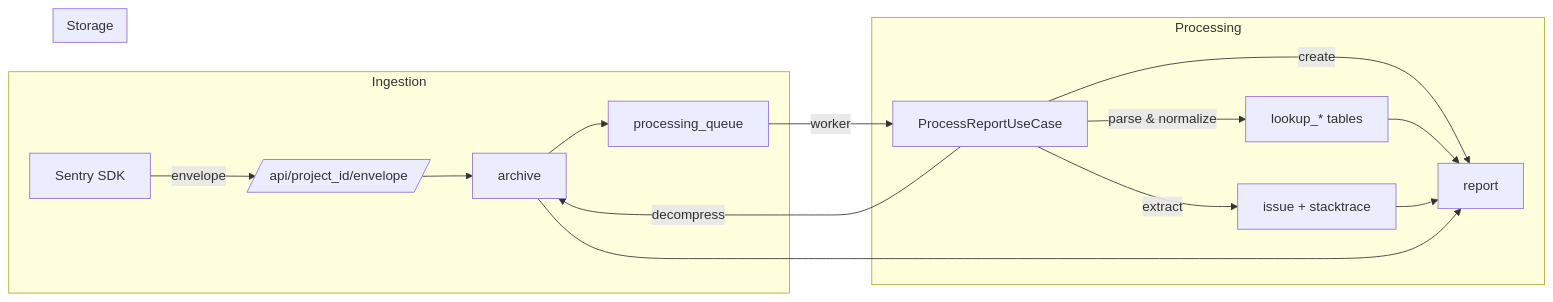
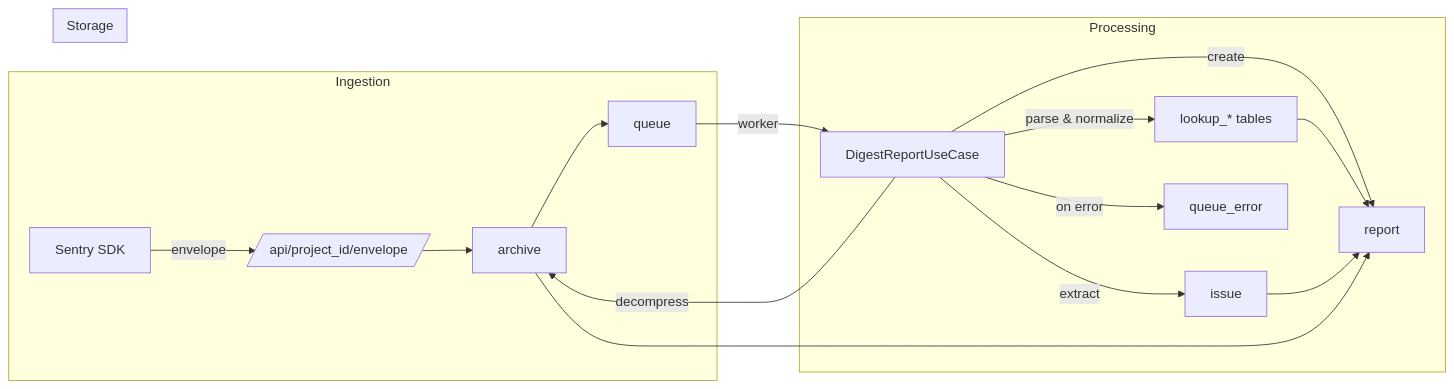
One commit to ethicnology/crash-cache changed the second of 2 diagrams in docs/schema.md. Above: the diagram before and after it, drawn with Mermaid. The commit also changed other lines of this file and 18 other files, not shown here.

````diff
--- a/docs/schema.md
+++ b/docs/schema.md
@@ -244,22 +247,23 @@
 ```mermaid
 flowchart LR
     subgraph Ingestion
         A[Sentry SDK] -->|envelope| B[/api/project_id/envelope/]
         B --> C[archive]
-        C --> D[processing_queue]
+        C --> D[queue]
     end
     
     subgraph Processing
-        D -->|worker| E[ProcessReportUseCase]
+        D -->|worker| E[DigestReportUseCase]
         E -->|decompress| C
         E -->|parse & normalize| F[lookup_* tables]
-        E -->|extract| G[issue + stacktrace]
+        E -->|extract| G[issue]
         E -->|create| H[report]
+        E -->|on error| I[queue_error]
     end
     
     subgraph Storage
         F --> H
         G --> H
         C --> H
     end
 ```
````
